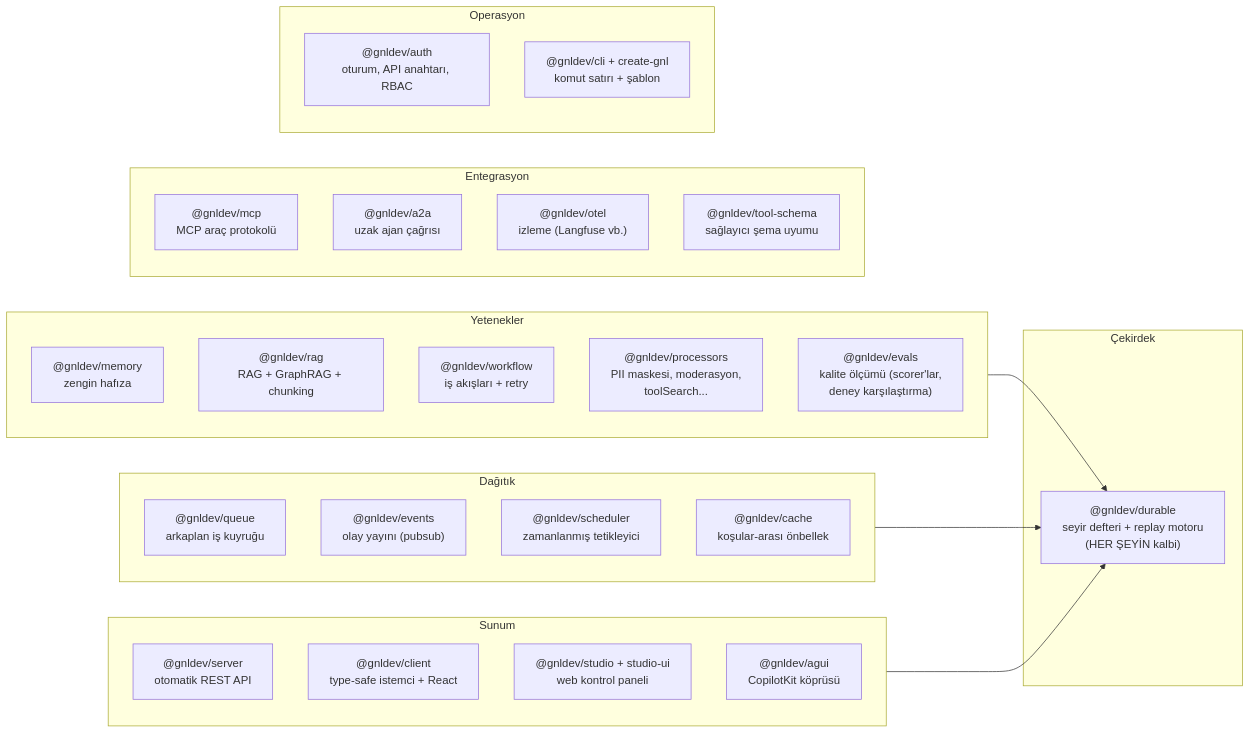
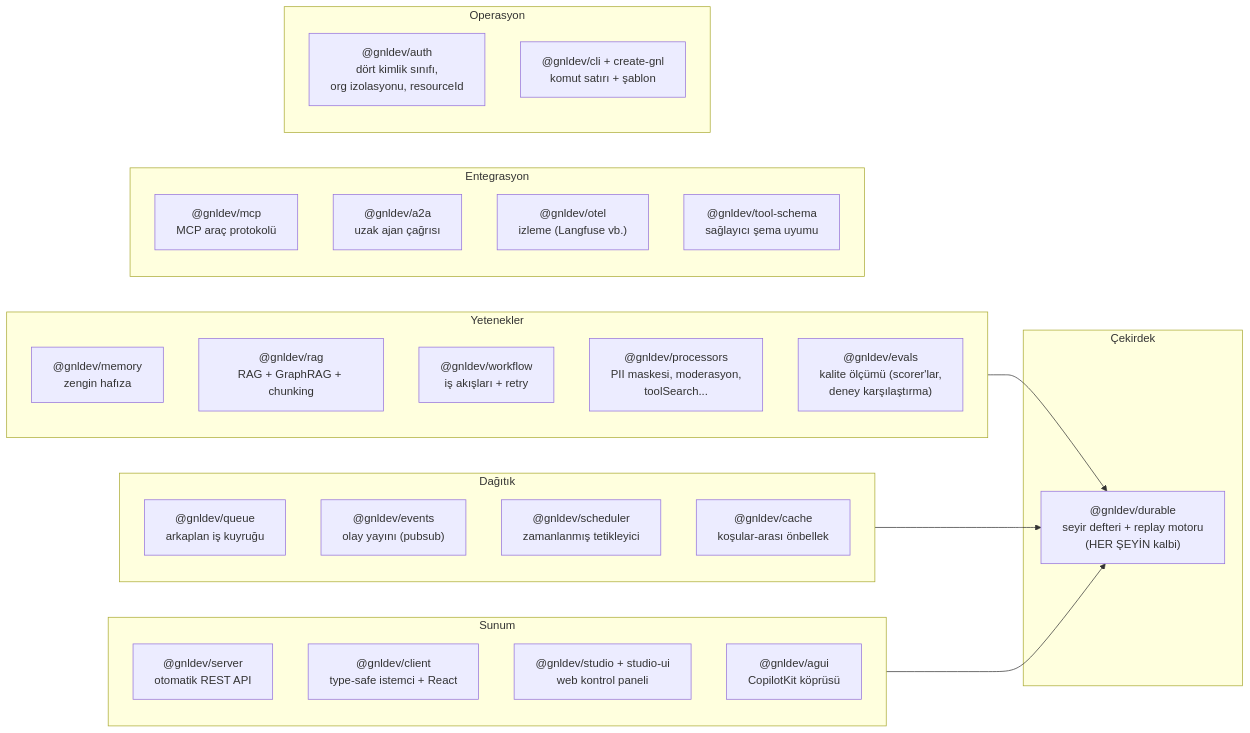
One commit to Karaca7/gnldev changed the fourth of 10 diagrams in docs/GUIDE.tr.md. Above: the diagram before and after it, drawn with Mermaid. The commit also changed 6 other files, not shown here.

````diff
--- a/docs/GUIDE.tr.md
+++ b/docs/GUIDE.tr.md
@@ -307,38 +307,38 @@
 ```mermaid
 graph LR
     subgraph Çekirdek
         durable["@gnldev/durable<br/>seyir defteri + replay motoru<br/>(HER ŞEYİN kalbi)"]
     end
     subgraph Yetenekler
         memory["@gnldev/memory<br/>zengin hafıza"]
         rag["@gnldev/rag<br/>RAG + GraphRAG + chunking"]
         workflow["@gnldev/workflow<br/>iş akışları + retry"]
         processors["@gnldev/processors<br/>PII maskesi, moderasyon,<br/>toolSearch..."]
         evals["@gnldev/evals<br/>kalite ölçümü (scorer'lar,<br/>deney karşılaştırma)"]
     end
     subgraph Dağıtık
         queue["@gnldev/queue<br/>arkaplan iş kuyruğu"]
         events["@gnldev/events<br/>olay yayını (pubsub)"]
         scheduler["@gnldev/scheduler<br/>zamanlanmış tetikleyici"]
         cache["@gnldev/cache<br/>koşular-arası önbellek"]
     end
     subgraph Sunum
         server["@gnldev/server<br/>otomatik REST API"]
         client["@gnldev/client<br/>type-safe istemci + React"]
         studio["@gnldev/studio + studio-ui<br/>web kontrol paneli"]
         agui["@gnldev/agui<br/>CopilotKit köprüsü"]
     end
     subgraph Entegrasyon
         mcp["@gnldev/mcp<br/>MCP araç protokolü"]
         a2a["@gnldev/a2a<br/>uzak ajan çağrısı"]
         otel["@gnldev/otel<br/>izleme (Langfuse vb.)"]
         schema["@gnldev/tool-schema<br/>sağlayıcı şema uyumu"]
     end
     subgraph Operasyon
-        auth["@gnldev/auth<br/>oturum, API anahtarı, RBAC"]
+        auth["@gnldev/auth<br/>dört kimlik sınıfı,<br/>org izolasyonu, resourceId"]
         cli["@gnldev/cli + create-gnl<br/>komut satırı + şablon"]
     end
     Yetenekler --> durable
     Dağıtık --> durable
     Sunum --> durable
 ```
````
